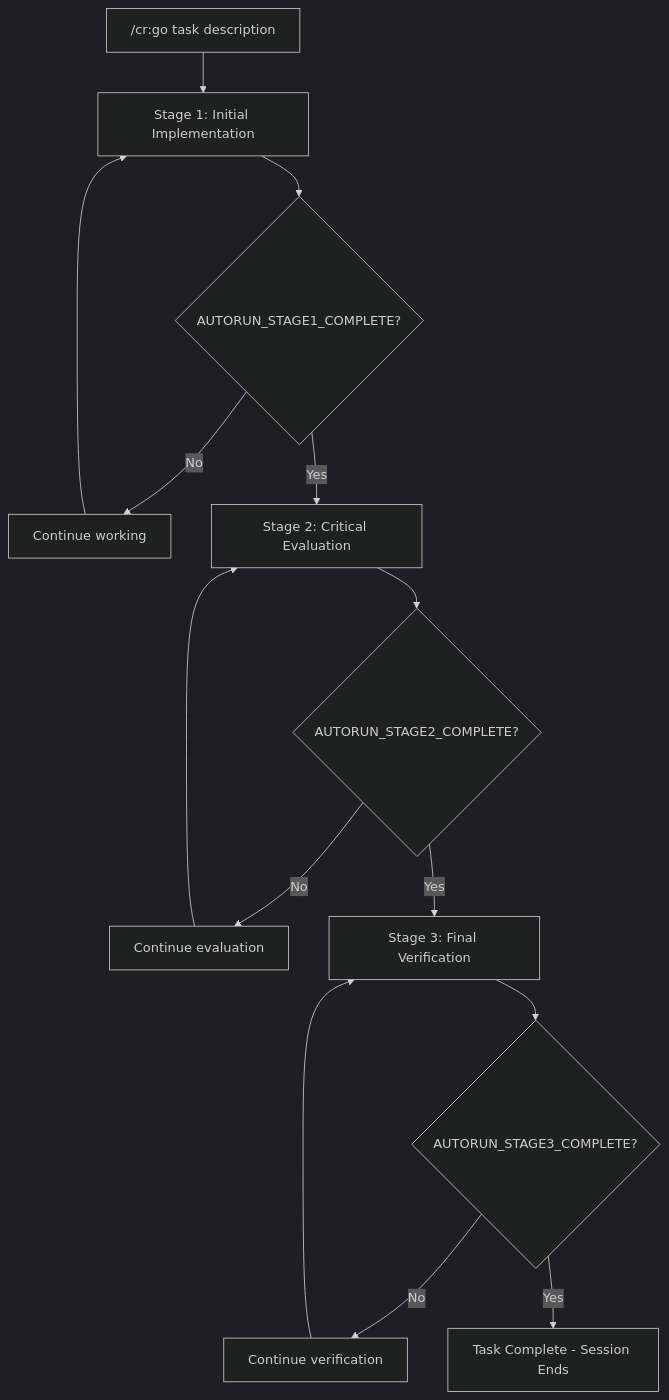
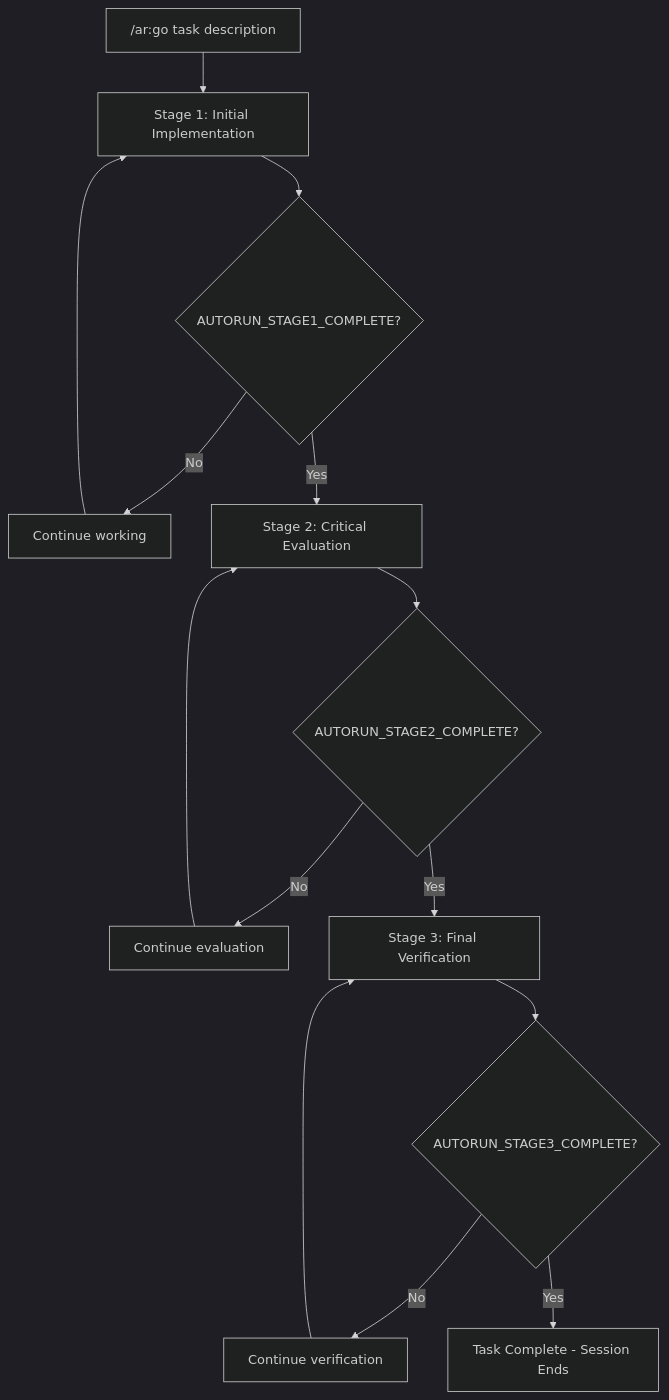
Before and after one commit to ahundt/autorun: the diagram in docs/diagrams/three-stage-autorun.mmd, drawn with Mermaid (dark theme). The commit also changed 29 other files, not shown here.

```diff
--- a/docs/diagrams/three-stage-autorun.mmd
+++ b/docs/diagrams/three-stage-autorun.mmd
@@ -1,14 +1,14 @@
 graph TD
-    A["/cr:go task description"] --> B[Stage 1: Initial Implementation]
+    A["/ar:go task description"] --> B[Stage 1: Initial Implementation]
     B --> C{AUTORUN_STAGE1_COMPLETE?}
     C -->|No| D[Continue working]
     D --> B
     C -->|Yes| E[Stage 2: Critical Evaluation]
     E --> F{AUTORUN_STAGE2_COMPLETE?}
     F -->|No| G[Continue evaluation]
     G --> E
     F -->|Yes| H[Stage 3: Final Verification]
     H --> I{AUTORUN_STAGE3_COMPLETE?}
     I -->|No| J[Continue verification]
     J --> H
     I -->|Yes| K[Task Complete - Session Ends]
```
